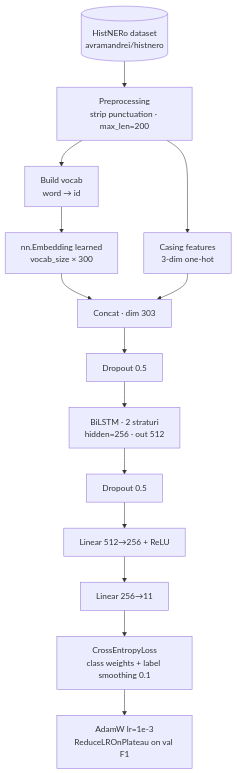
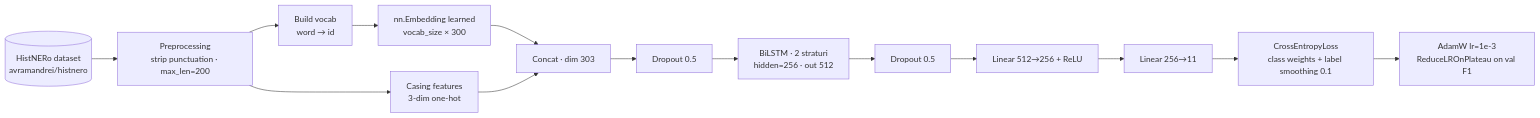
One commit to raresanea057-alt/HistRoNER changed the diagram in README.md. Above: the diagram before and after it, drawn with Mermaid.

````diff
--- a/README.md
+++ b/README.md
@@ -5,16 +5,16 @@
 ```mermaid
-flowchart TD
+flowchart LR
     DS[(HistNERo dataset\navramandrei/histnero)] --> PRE[Preprocessing\nstrip punctuation · max_len=200]
     PRE --> VOC[Build vocab\nword → id]
     VOC --> EMB[nn.Embedding learned\nvocab_size × 300]
     PRE --> CAS[Casing features\n3-dim one-hot]
     EMB --> CAT[Concat · dim 303]
     CAS --> CAT
     CAT --> DROP1[Dropout 0.5]
     DROP1 --> LSTM[BiLSTM · 2 straturi\nhidden=256 · out 512]
     LSTM --> DROP2[Dropout 0.5]
     DROP2 --> FC1[Linear 512→256 + ReLU]
     FC1 --> FC2[Linear 256→11]
     FC2 --> LOSS[CrossEntropyLoss\nclass weights + label smoothing 0.1]
     LOSS --> OPT[AdamW lr=1e-3\nReduceLROnPlateau on val F1]
 ```
````
